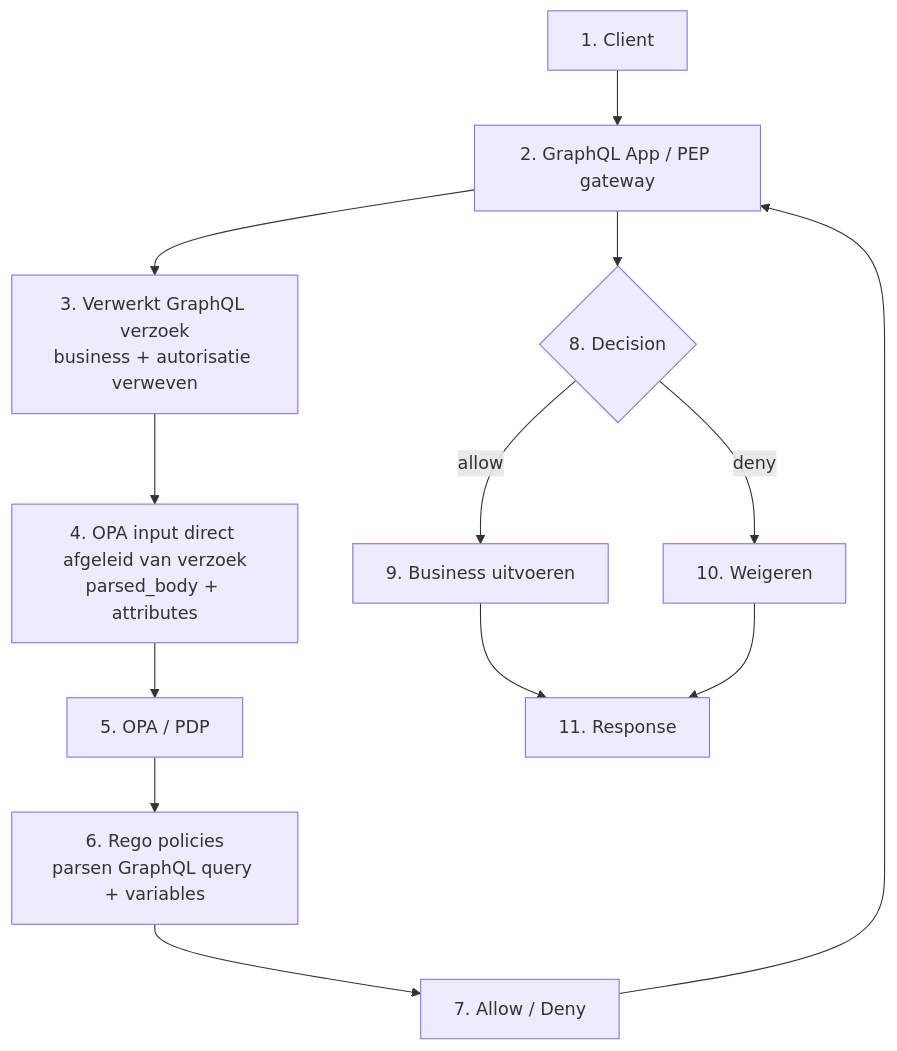
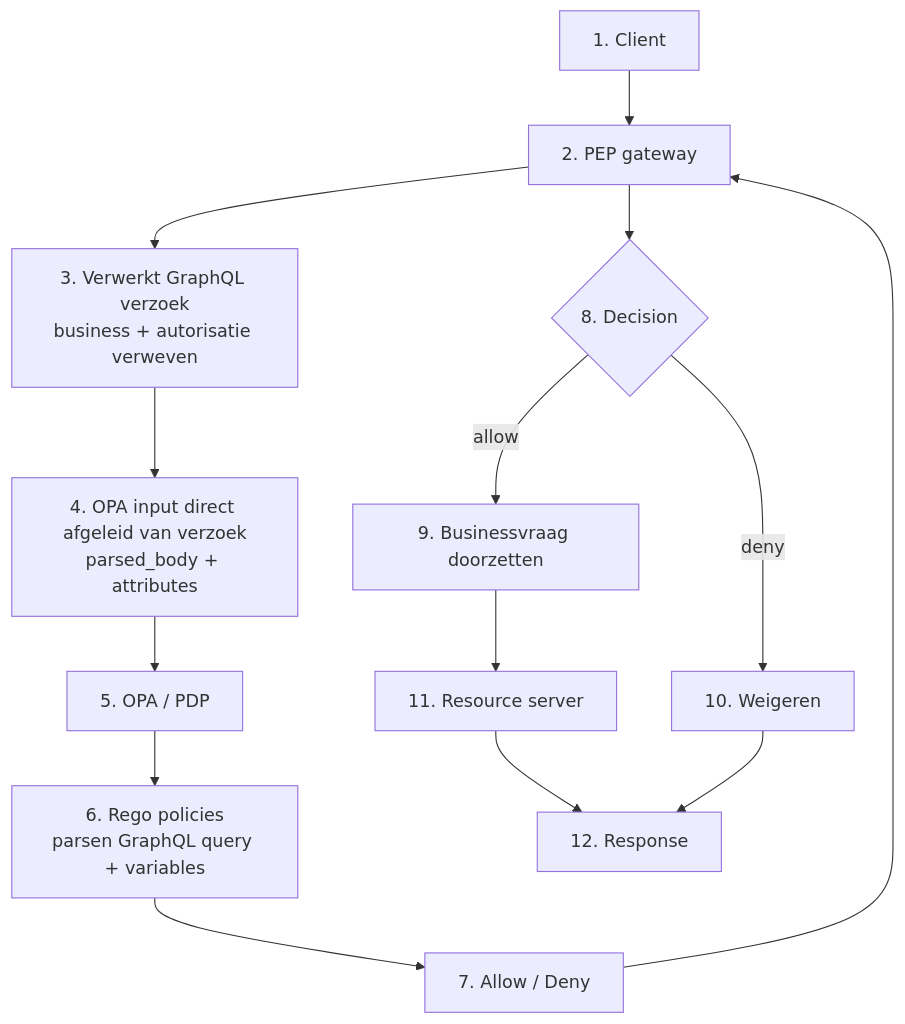
The second of 3 diagrams in RFC/RFC0052 - Autorisatie standaardisatie.md (iStandaarden/iWlz-RequestForComment), drawn with Mermaid before and after one commit. The commit also changed other lines of this file and 9 other files, not shown here.

Commit message:
1e commentaar van vecozo verwerkt

````diff
--- a/RFC/RFC0052 - Autorisatie standaardisatie.md
+++ b/RFC/RFC0052 - Autorisatie standaardisatie.md
@@ -119,21 +101,22 @@
 ```mermaid
 flowchart TD
-    A[1. Client] --> B[2. GraphQL App / PEP gateway]
+A[1. Client] --> B[2. PEP gateway]
 
-    B --> C[3. Verwerkt GraphQL verzoek<br/>business + autorisatie verweven]
+B --> C[3. Verwerkt GraphQL verzoek<br/>business + autorisatie verweven]
 
-    C --> D[4. OPA input direct afgeleid van verzoek<br/>parsed_body + attributes]
+C --> D[4. OPA input direct afgeleid van verzoek<br/>parsed_body + attributes]
 
-    D --> E[5. OPA / PDP]
-    E --> F[6. Rego policies<br/>parsen GraphQL query + variables]
+D --> E[5. OPA / PDP]
+E --> F[6. Rego policies<br/>parsen GraphQL query + variables]
 
-    F --> G[7. Allow / Deny]
+F --> G[7. Allow / Deny]
 
-    G --> B
-    B --> H{8. Decision}
-    H -->|allow| I[9. Business uitvoeren]
-    H -->|deny| J[10. Weigeren]
+G --> B
+B --> H{8. Decision}
+H -->|allow| I[9. Businessvraag doorzetten]
+H -->|deny| J[10. Weigeren]
 
-    I --> K[11. Response]
-    J --> K
+I --> L[11. Resource server]
+L --> K[12. Response]
+J --> K
 ```
````
